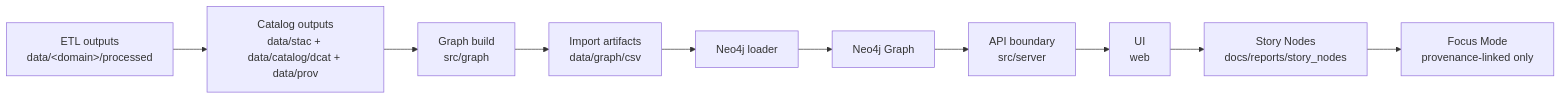
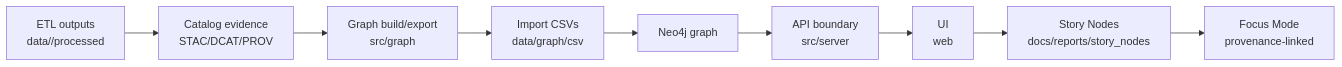
The diagram in data/graph/csv/README.md (bartytime4life/Kansas-Frontier-Matrix), drawn with Mermaid before and after one commit. The commit also changed other lines of this file, not shown here.

```diff
--- a/data/graph/csv/README.md
+++ b/data/graph/csv/README.md
@@ -166,12 +145,11 @@
 ~~~mermaid
 flowchart LR
-  A[ETL outputs<br/>data/&lt;domain&gt;/processed] --> B[Catalog outputs<br/>data/stac + data/catalog/dcat + data/prov]
-  B --> C[Graph build<br/>src/graph]
-  C --> D[Import artifacts<br/>data/graph/csv]
-  D --> E[Neo4j loader]
-  E --> F[Neo4j Graph]
-  F --> G[API boundary<br/>src/server]
-  G --> H[UI<br/>web]
-  H --> I[Story Nodes<br/>docs/reports/story_nodes]
-  I --> J[Focus Mode<br/>provenance-linked only]
+  A[ETL outputs<br/>data/<domain>/processed] --> B[Catalog evidence<br/>STAC/DCAT/PROV]
+  B --> C[Graph build/export<br/>src/graph]
+  C --> D[Import CSVs<br/>data/graph/csv]
+  D --> E[Neo4j graph]
+  E --> F[API boundary<br/>src/server]
+  F --> G[UI<br/>web]
+  G --> H[Story Nodes<br/>docs/reports/story_nodes]
+  H --> I[Focus Mode<br/>provenance-linked]
 ~~~
```
